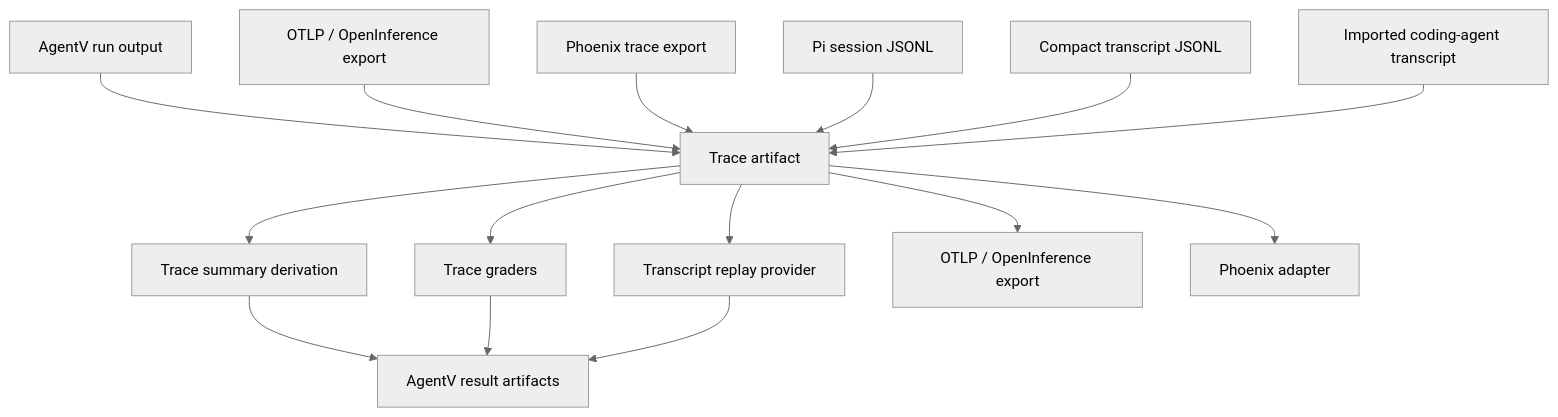
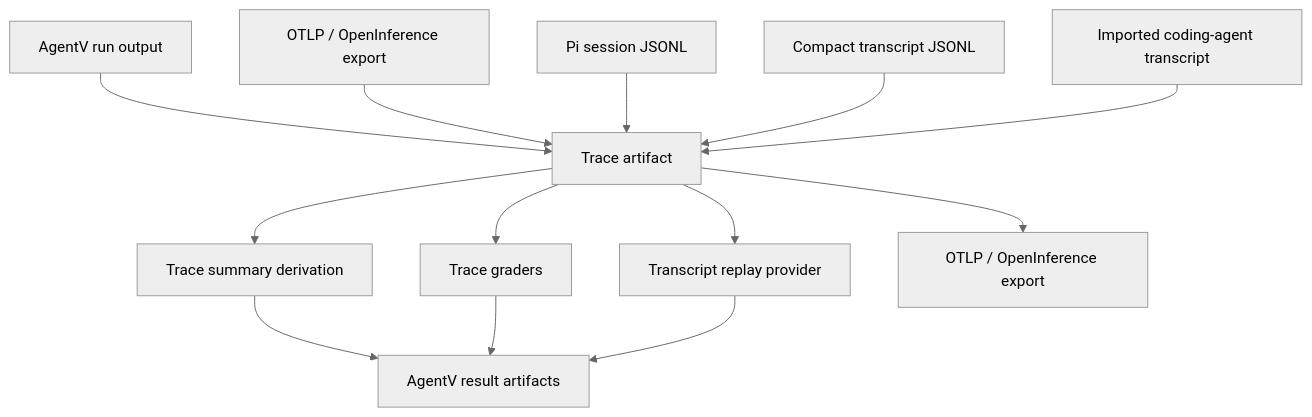
Before and after one commit to EntityProcess/agentv: the diagram in docs/plans/trace-evaluation-architecture.md, drawn with Mermaid (neutral theme). The commit also changed other lines of this file, not shown here.

Commit message:
docs(phoenix): supersede stale trace plan

````diff
--- a/docs/plans/trace-evaluation-architecture.md
+++ b/docs/plans/trace-evaluation-architecture.md
@@ -105,19 +108,17 @@
 ```mermaid
 flowchart TB
   A[AgentV run output] --> N[Trace artifact]
   B[OTLP / OpenInference export] --> N
-  C[Phoenix trace export] --> N
   D[Pi session JSONL] --> N
   E[Compact transcript JSONL] --> N
   F[Imported coding-agent transcript] --> N
 
   N --> S[Trace summary derivation]
   N --> G[Trace graders]
   N --> Q[Transcript replay provider]
   N --> O[OTLP / OpenInference export]
-  N --> P[Phoenix adapter]
 
   S --> R[AgentV result artifacts]
   G --> R
   Q --> R
 ```
````
